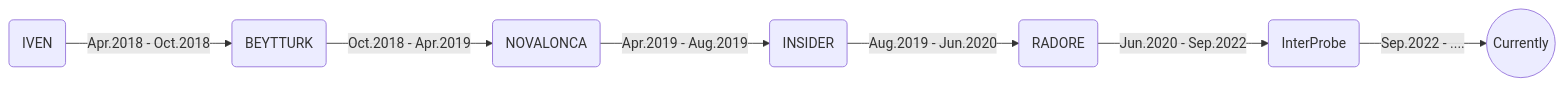
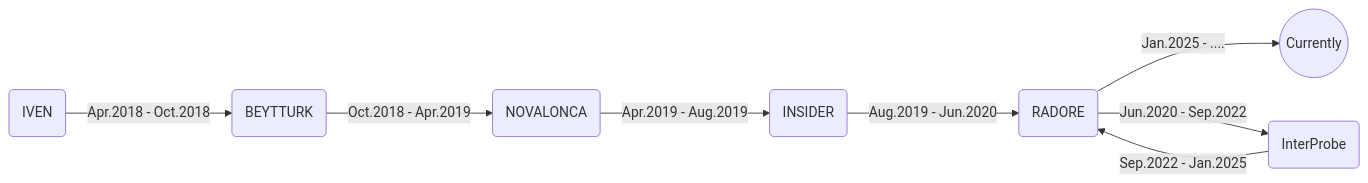
One commit to zaferhuzmeli/zaferhuzmeli changed the diagram in README.md. Above: the diagram before and after it, drawn with Mermaid.

````diff
--- a/README.md
+++ b/README.md
@@ -42,9 +42,10 @@
 ```mermaid
 graph LR
-  iprb(InterProbe)    -- Sep.2022 - .... --> now((Currently))
+  rcd(RADORE)    -- Jan.2025 - .... --> now((Currently))
+  iprb(InterProbe)    -- Sep.2022 - Jan.2025 --> rcd(RADORE)
   rcd(RADORE)    -- Jun.2020 - Sep.2022 --> iprb(InterProbe)
   ins(INSIDER)   -- Aug.2019 - Jun.2020  --> rcd(RADORE)
   nl(NOVALONCA)  -- Apr.2019 - Aug.2019  --> ins(INSIDER)
   byt(BEYTTURK)  -- Oct.2018 - Apr.2019  --> nl(NOVALONCA)
   iven(IVEN)     -- Apr.2018 - Oct.2018  --> byt(BEYTTURK)  
 ```
````
